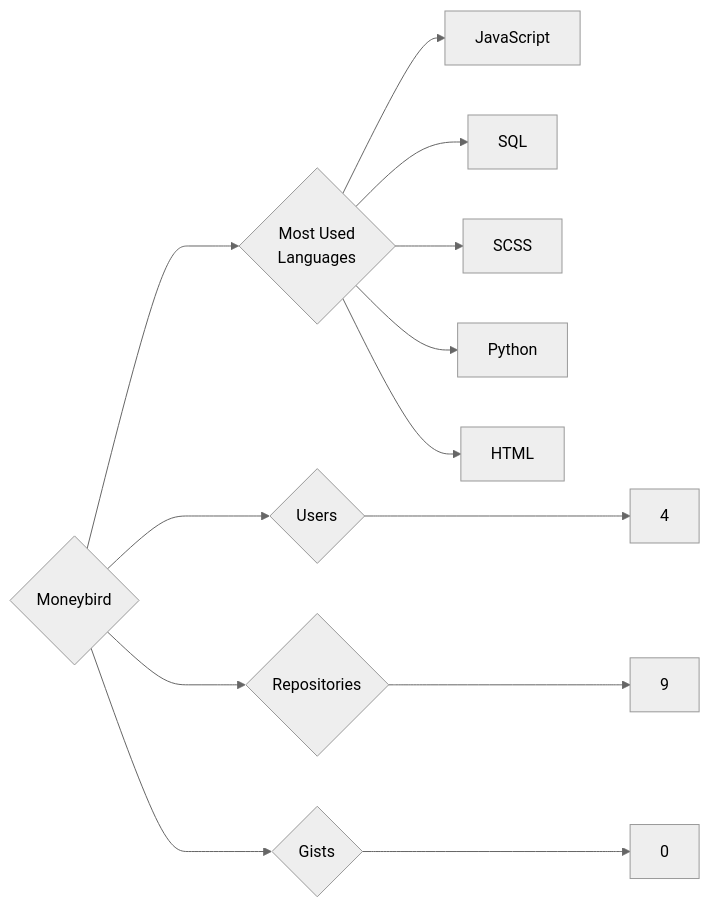
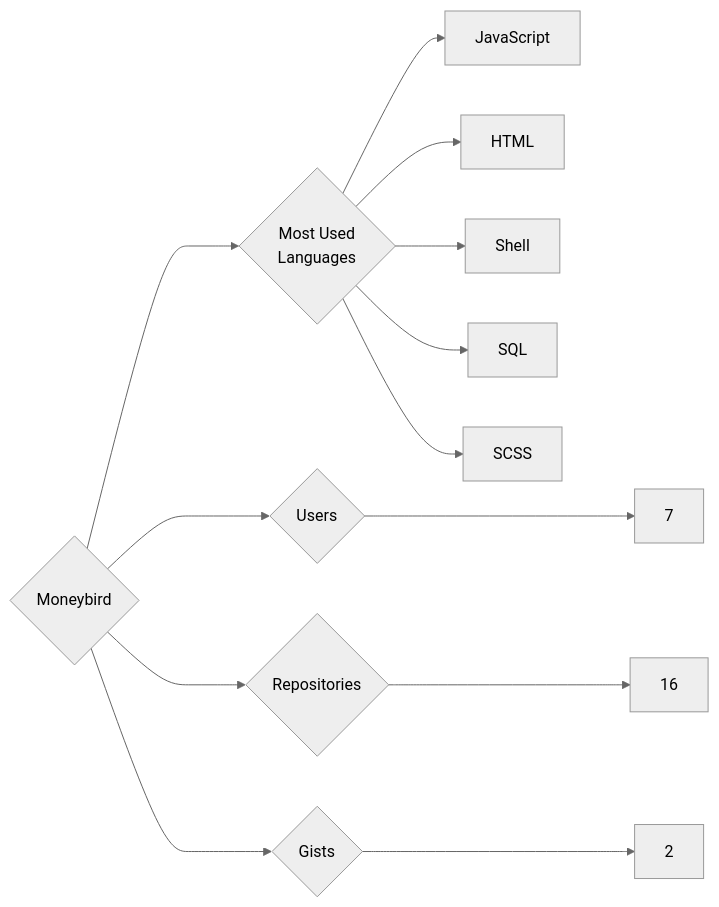
The diagram in targets/Moneybird/README.md (trickest/insiders), drawn with Mermaid (neutral theme) before and after one commit. The commit also changed 997 other files, not shown here.

````diff
--- a/targets/Moneybird/README.md
+++ b/targets/Moneybird/README.md
@@ -3,13 +3,13 @@
 ```mermaid
 graph LR
 COMPANY_NAME{Moneybird}
-COMPANY_NAME ---> U{Users} ---> UN[4]
-COMPANY_NAME ---> R{Repositories} ---> RN[9]
-COMPANY_NAME ---> G{Gists} ---> GN[0]
+COMPANY_NAME ---> U{Users} ---> UN[7]
+COMPANY_NAME ---> R{Repositories} ---> RN[16]
+COMPANY_NAME ---> G{Gists} ---> GN[2]
 COMPANY_NAME ---> ML{Most Used<br>Languages}
-ML --> JavaScript
-ML --> SQL
-ML --> SCSS
-ML --> Python
-ML --> HTML
+ML --> JavaScript[JavaScript]
+ML --> HTML[HTML]
+ML --> Shell[Shell]
+ML --> SQL[SQL]
+ML --> SCSS[SCSS]
 ```
````
